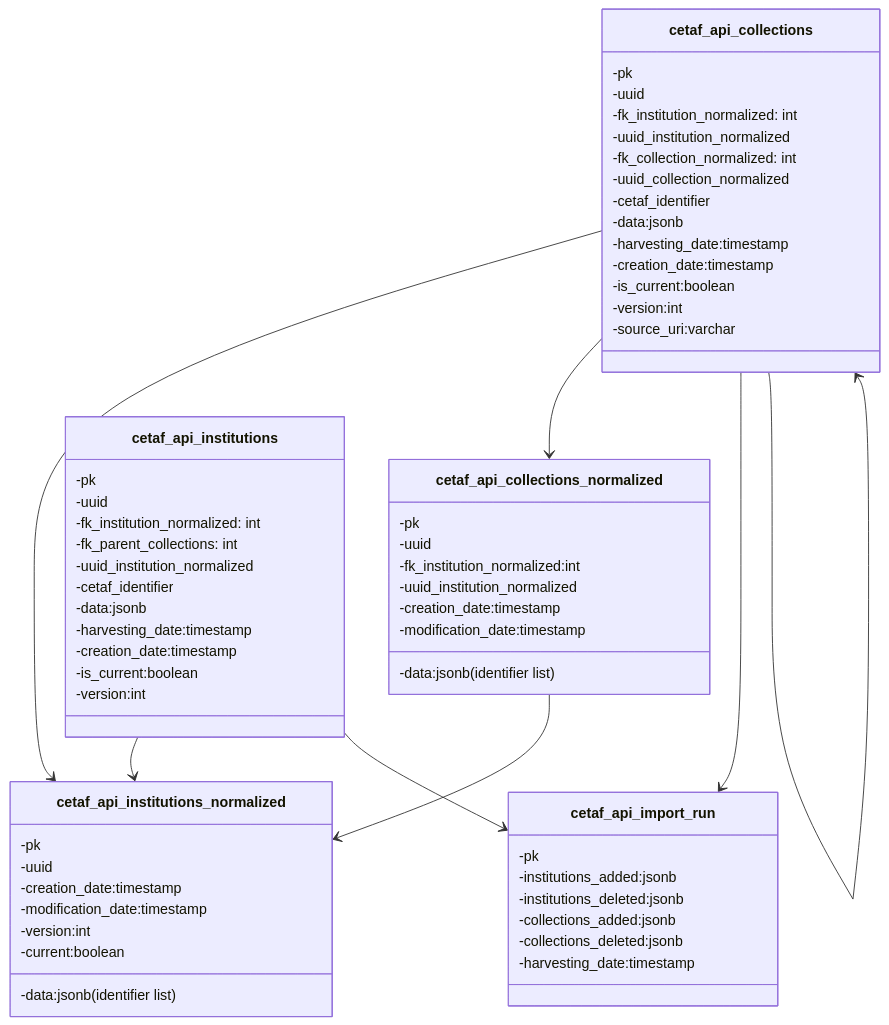
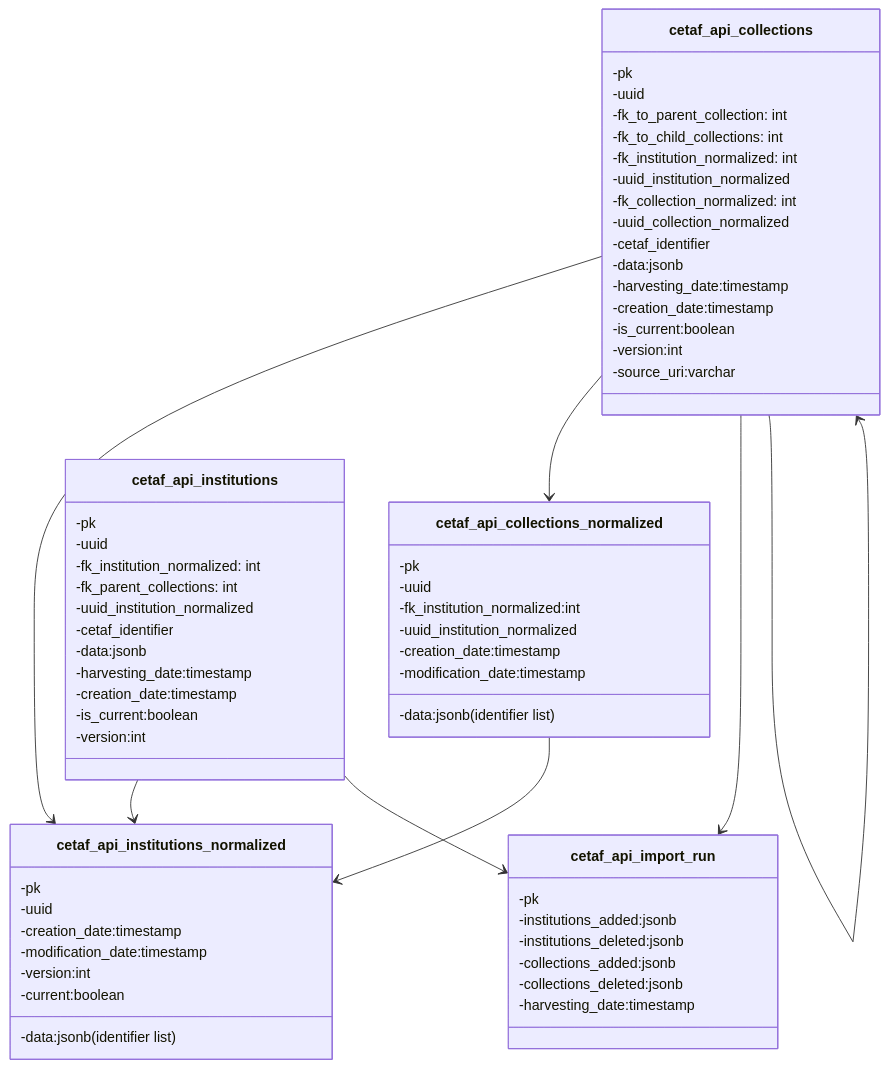
Before and after one commit to ftheeten/cetaf_metadata_api: the second of 2 diagrams in README.md, drawn with Mermaid.

````diff
--- a/README.md
+++ b/README.md
@@ -65,66 +65,68 @@
   ```mermaid
   classDiagram
 class cetaf_api_import_run{
        -pk
        -institutions_added:jsonb
        -institutions_deleted:jsonb
        -collections_added:jsonb
        -collections_deleted:jsonb
        -harvesting_date:timestamp
 }
 class cetaf_api_institutions_normalized{
        -pk
        -uuid
        -data:jsonb (identifier list)
        -creation_date:timestamp
        -modification_date:timestamp
        -version:int
        -current:boolean
   }
  class cetaf_api_collections_normalized{
        -pk       
        -uuid
        -fk_institution_normalized:int
        -uuid_institution_normalized
        -data:jsonb (identifier list)
        -creation_date:timestamp
        -modification_date:timestamp
   }
   class cetaf_api_institutions{
        -pk
        -uuid
        -fk_institution_normalized: int
        -fk_parent_collections: int
        -uuid_institution_normalized
        -cetaf_identifier
        -data:jsonb
        -harvesting_date:timestamp
        -creation_date:timestamp
        -is_current:boolean
        -version:int
   }
 class cetaf_api_collections{
        -pk
        -uuid
+       -fk_to_parent_collection: int
+       -fk_to_child_collections: int
        -fk_institution_normalized: int
        -uuid_institution_normalized
        -fk_collection_normalized: int
        -uuid_collection_normalized
        -cetaf_identifier
        -data:jsonb
        -harvesting_date:timestamp
        -creation_date:timestamp
        -is_current:boolean
        -version:int
        -source_uri:varchar
   }
 
 
 cetaf_api_institutions-->cetaf_api_institutions_normalized
 cetaf_api_institutions-->cetaf_api_import_run
 cetaf_api_collections_normalized-->cetaf_api_institutions_normalized
 cetaf_api_collections-->cetaf_api_institutions_normalized
 cetaf_api_collections-->cetaf_api_collections_normalized
 cetaf_api_collections-->cetaf_api_import_run
 cetaf_api_collections-->cetaf_api_collections
   ```
````
